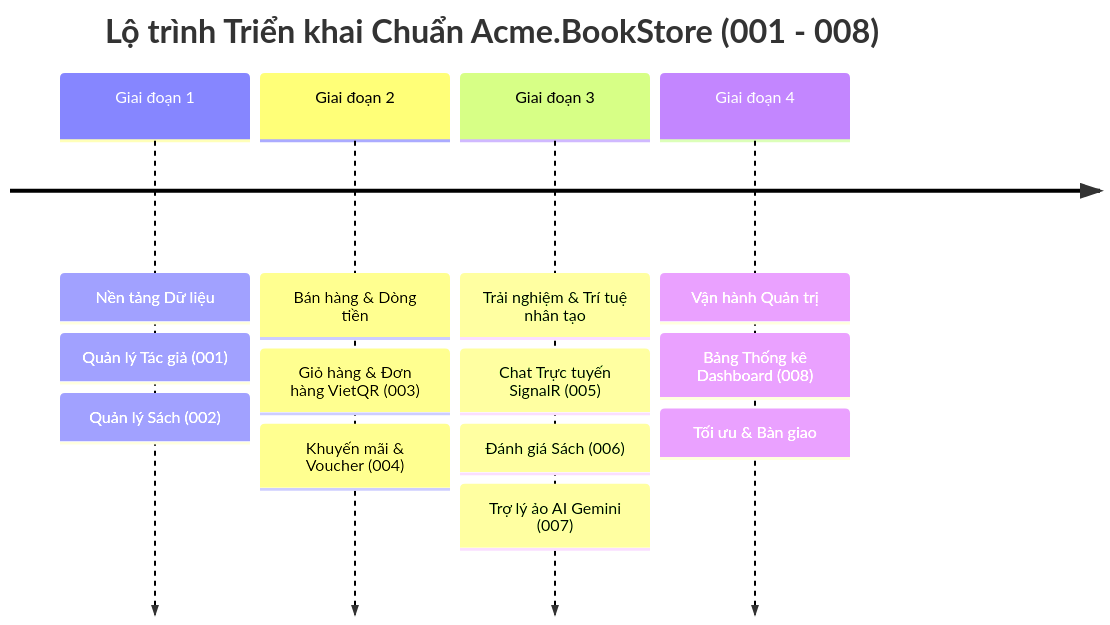
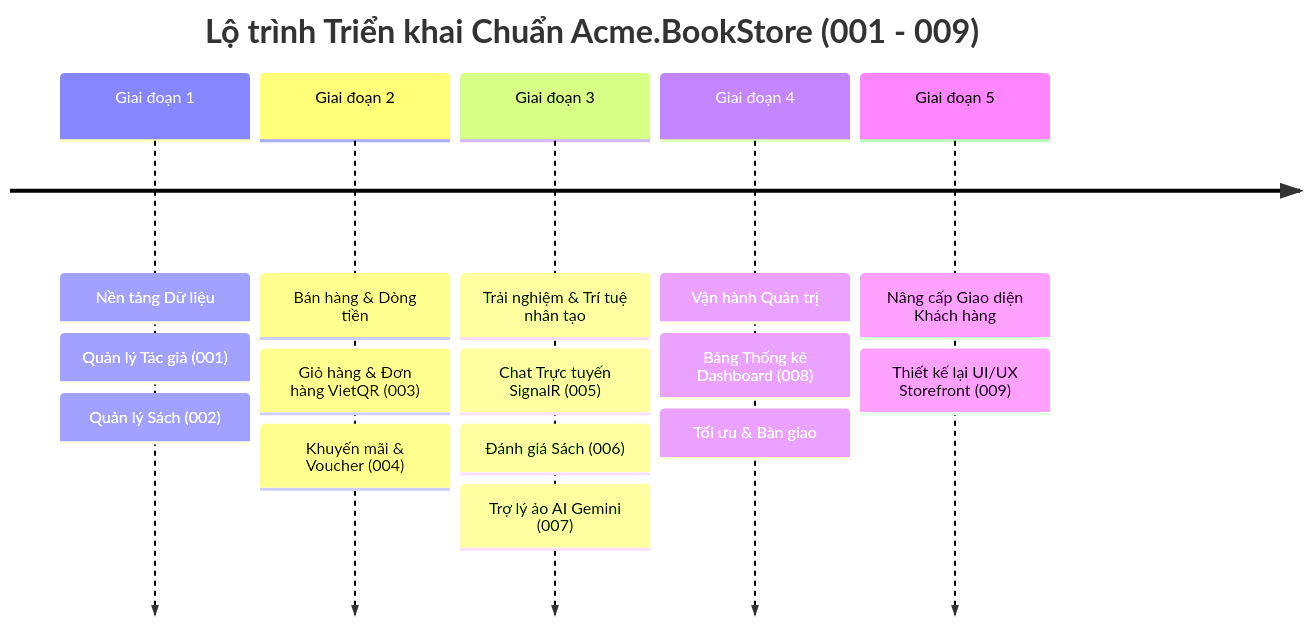
The diagram in ROADMAP.md (tranducan04/Acme.BookStore), drawn with Mermaid before and after one commit. The commit also changed other lines of this file and 64 other files, not shown here.

````diff
--- a/ROADMAP.md
+++ b/ROADMAP.md
@@ -12,8 +12,9 @@
 ```mermaid
 timeline
-    title Lộ trình Triển khai Chuẩn Acme.BookStore (001 - 008)
+    title Lộ trình Triển khai Chuẩn Acme.BookStore (001 - 009)
     Giai đoạn 1 : Nền tảng Dữ liệu : Quản lý Tác giả (001) : Quản lý Sách (002)
     Giai đoạn 2 : Bán hàng & Dòng tiền : Giỏ hàng & Đơn hàng VietQR (003) : Khuyến mãi & Voucher (004)
     Giai đoạn 3 : Trải nghiệm & Trí tuệ nhân tạo : Chat Trực tuyến SignalR (005) : Đánh giá Sách (006) : Trợ lý ảo AI Gemini (007)
     Giai đoạn 4 : Vận hành Quản trị : Bảng Thống kê Dashboard (008) : Tối ưu & Bàn giao
+    Giai đoạn 5 : Nâng cấp Giao diện Khách hàng : Thiết kế lại UI/UX Storefront (009)
 ```
````
